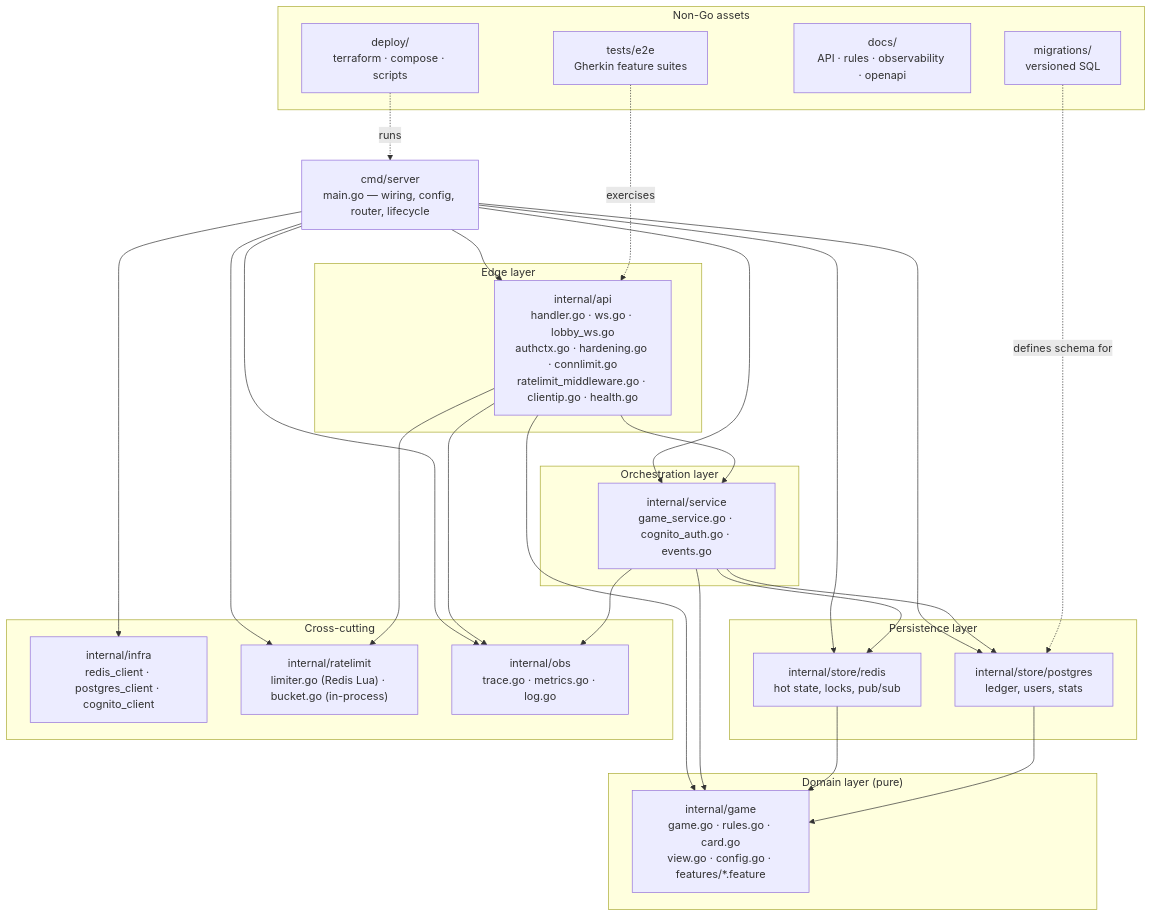
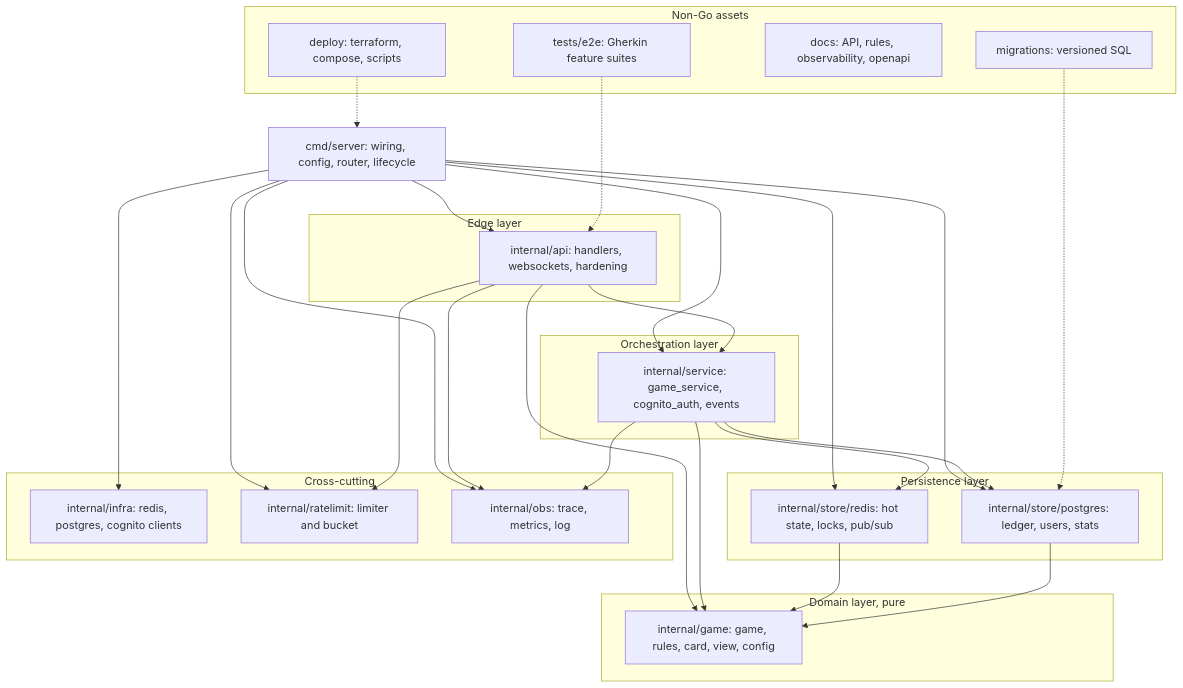
One commit to joekhosbayar/go-mighty changed the fifth of 5 diagrams in readme.md. Above: the diagram before and after it, drawn with Mermaid. The commit also changed other lines of this file, not shown here.

First line of the commit message:
docs: make readme mermaid diagrams render on github (#57)

````diff
--- a/readme.md
+++ b/readme.md
@@ -219,59 +225,59 @@
 ```mermaid
 graph TD
-    MAIN["cmd/server<br/>main.go — wiring, config, router, lifecycle"]
+    Main["cmd/server: wiring, config, router, lifecycle"]
 
-    subgraph edge["Edge layer"]
-        API["internal/api<br/>handler.go · ws.go · lobby_ws.go<br/>authctx.go · hardening.go · connlimit.go<br/>ratelimit_middleware.go · clientip.go · health.go"]
+    subgraph EdgeLayer["Edge layer"]
+        Api["internal/api: handlers, websockets, hardening"]
     end
 
-    subgraph orchestration["Orchestration layer"]
-        SVC["internal/service<br/>game_service.go · cognito_auth.go · events.go"]
+    subgraph OrchestrationLayer["Orchestration layer"]
+        Svc["internal/service: game_service, cognito_auth, events"]
     end
 
-    subgraph domain["Domain layer (pure)"]
-        GAME["internal/game<br/>game.go · rules.go · card.go<br/>view.go · config.go · features/*.feature"]
+    subgraph DomainLayer["Domain layer, pure"]
+        Engine["internal/game: game, rules, card, view, config"]
     end
 
-    subgraph persistence["Persistence layer"]
-        SR["internal/store/redis<br/>hot state, locks, pub/sub"]
-        SP["internal/store/postgres<br/>ledger, users, stats"]
+    subgraph PersistenceLayer["Persistence layer"]
+        StoreRedis["internal/store/redis: hot state, locks, pub/sub"]
+        StorePostgres["internal/store/postgres: ledger, users, stats"]
     end
 
-    subgraph crosscut["Cross-cutting"]
-        INFRA["internal/infra<br/>redis_client · postgres_client · cognito_client"]
-        RATE["internal/ratelimit<br/>limiter.go (Redis Lua) · bucket.go (in-process)"]
-        OBSP["internal/obs<br/>trace.go · metrics.go · log.go"]
+    subgraph CrossCutting["Cross-cutting"]
+        Infra["internal/infra: redis, postgres, cognito clients"]
+        Rate["internal/ratelimit: limiter and bucket"]
+        Obs["internal/obs: trace, metrics, log"]
     end
 
-    subgraph outside["Non-Go assets"]
-        MIG["migrations/<br/>versioned SQL"]
-        DEP["deploy/<br/>terraform · compose · scripts"]
-        DOC["docs/<br/>API · rules · observability · openapi"]
-        E2E["tests/e2e<br/>Gherkin feature suites"]
+    subgraph Assets["Non-Go assets"]
+        Migrations["migrations: versioned SQL"]
+        DeployDir["deploy: terraform, compose, scripts"]
+        Docs["docs: API, rules, observability, openapi"]
+        E2ETests["tests/e2e: Gherkin feature suites"]
     end
 
-    MAIN --> API
-    MAIN --> SVC
-    MAIN --> INFRA
-    MAIN --> RATE
-    MAIN --> OBSP
-    MAIN --> SR
-    MAIN --> SP
+    Main --> Api
+    Main --> Svc
+    Main --> Infra
+    Main --> Rate
+    Main --> Obs
+    Main --> StoreRedis
+    Main --> StorePostgres
 
-    API --> SVC
-    API --> RATE
-    API --> GAME
-    API --> OBSP
+    Api --> Svc
+    Api --> Rate
+    Api --> Engine
+    Api --> Obs
 
-    SVC --> GAME
-    SVC --> SR
-    SVC --> SP
-    SVC --> OBSP
+    Svc --> Engine
+    Svc --> StoreRedis
+    Svc --> StorePostgres
+    Svc --> Obs
 
-    SR --> GAME
-    SP --> GAME
+    StoreRedis --> Engine
+    StorePostgres --> Engine
 
-    E2E -.->|"exercises"| API
-    MIG -.->|"defines schema for"| SP
-    DEP -.->|"runs"| MAIN
+    E2ETests -.-> Api
+    Migrations -.-> StorePostgres
+    DeployDir -.-> Main
 ```
````
